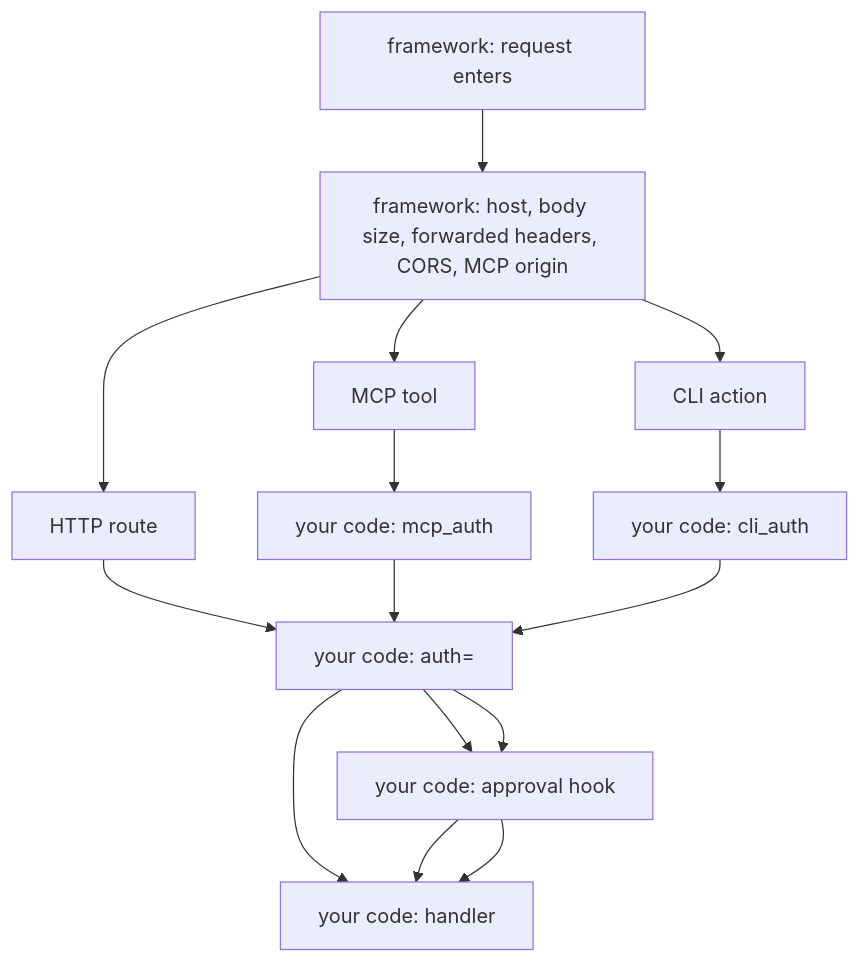
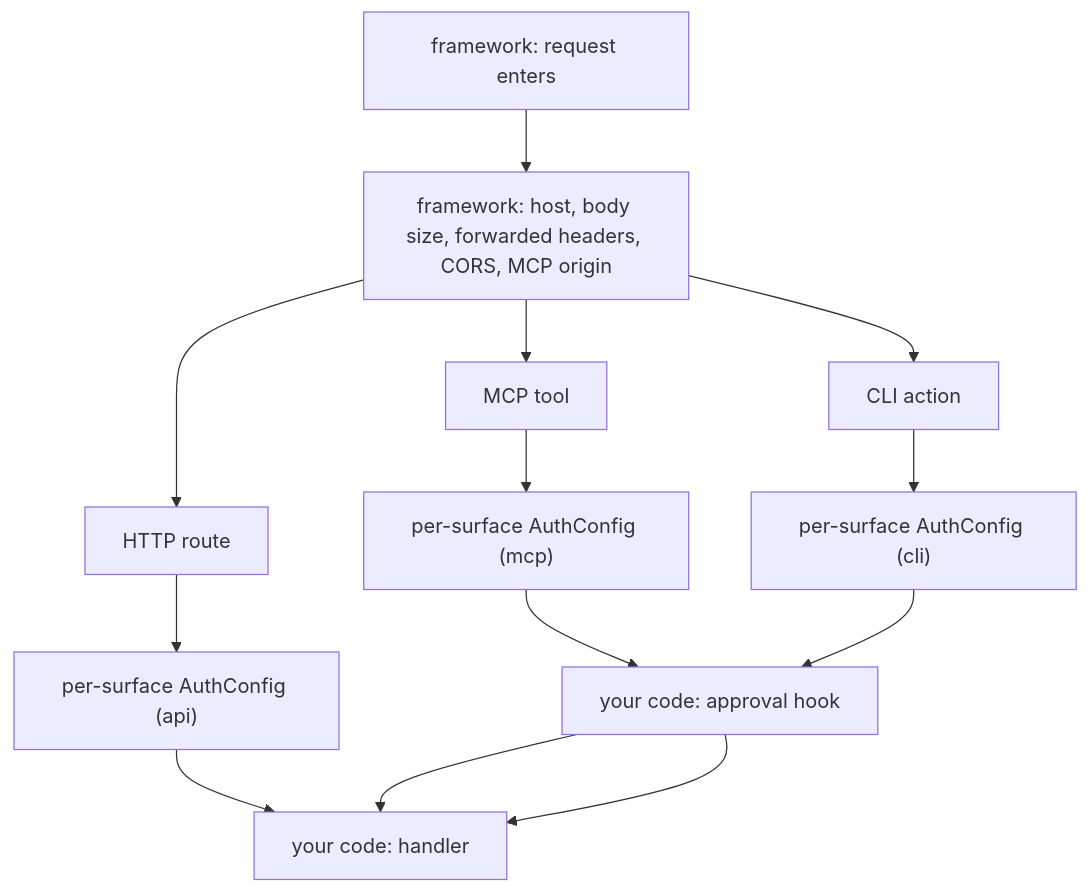
The diagram in docs/en/dev/security.md (yanurag-dev/quater), drawn with Mermaid before and after one commit. The commit also changed other lines of this file and 80 other files, not shown here.

Commit message:
Fixed #54 -- Refactored authentication into per surface control layer.

````diff
--- a/docs/en/dev/security.md
+++ b/docs/en/dev/security.md
@@ -21,18 +21,18 @@
 ```mermaid
 flowchart TB
     request["framework: request enters"]
     checks["framework: host, body size, forwarded headers, CORS, MCP origin"]
     api["HTTP route"]
     mcp["MCP tool"]
     cli["CLI action"]
-    mcpauth["your code: mcp_auth"]
-    cliauth["your code: cli_auth"]
-    routeauth["your code: auth="]
+    apiauth["per-surface AuthConfig (api)"]
+    mcpauth["per-surface AuthConfig (mcp)"]
+    cliauth["per-surface AuthConfig (cli)"]
     approval["your code: approval hook"]
     handler["your code: handler"]
 
     request --> checks
-    checks --> api --> routeauth --> handler
-    checks --> mcp --> mcpauth --> routeauth --> approval --> handler
-    checks --> cli --> cliauth --> routeauth --> approval --> handler
+    checks --> api --> apiauth --> handler
+    checks --> mcp --> mcpauth --> approval --> handler
+    checks --> cli --> cliauth --> approval --> handler
 ```
````
